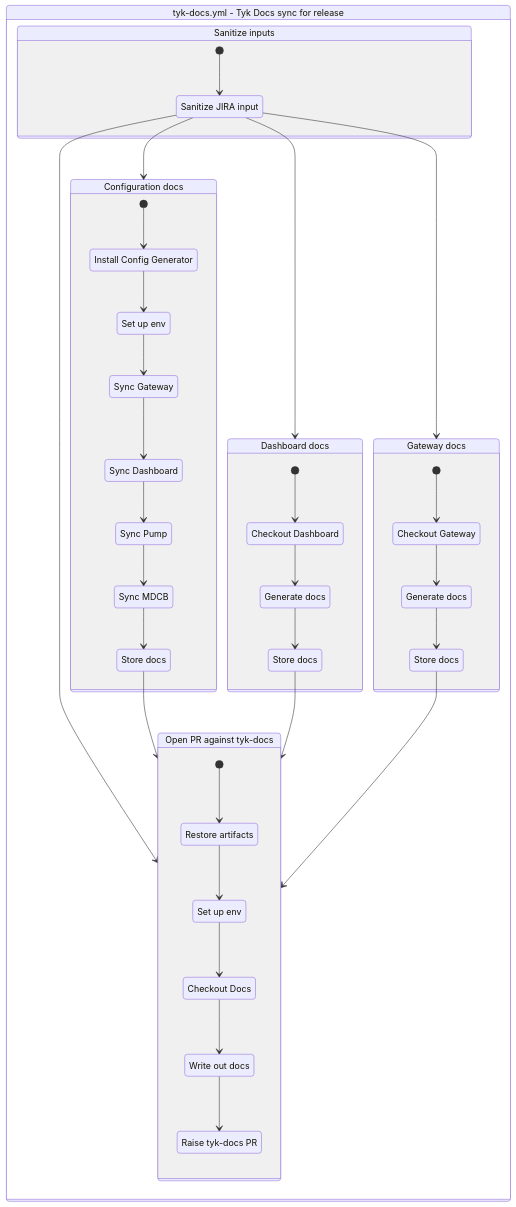
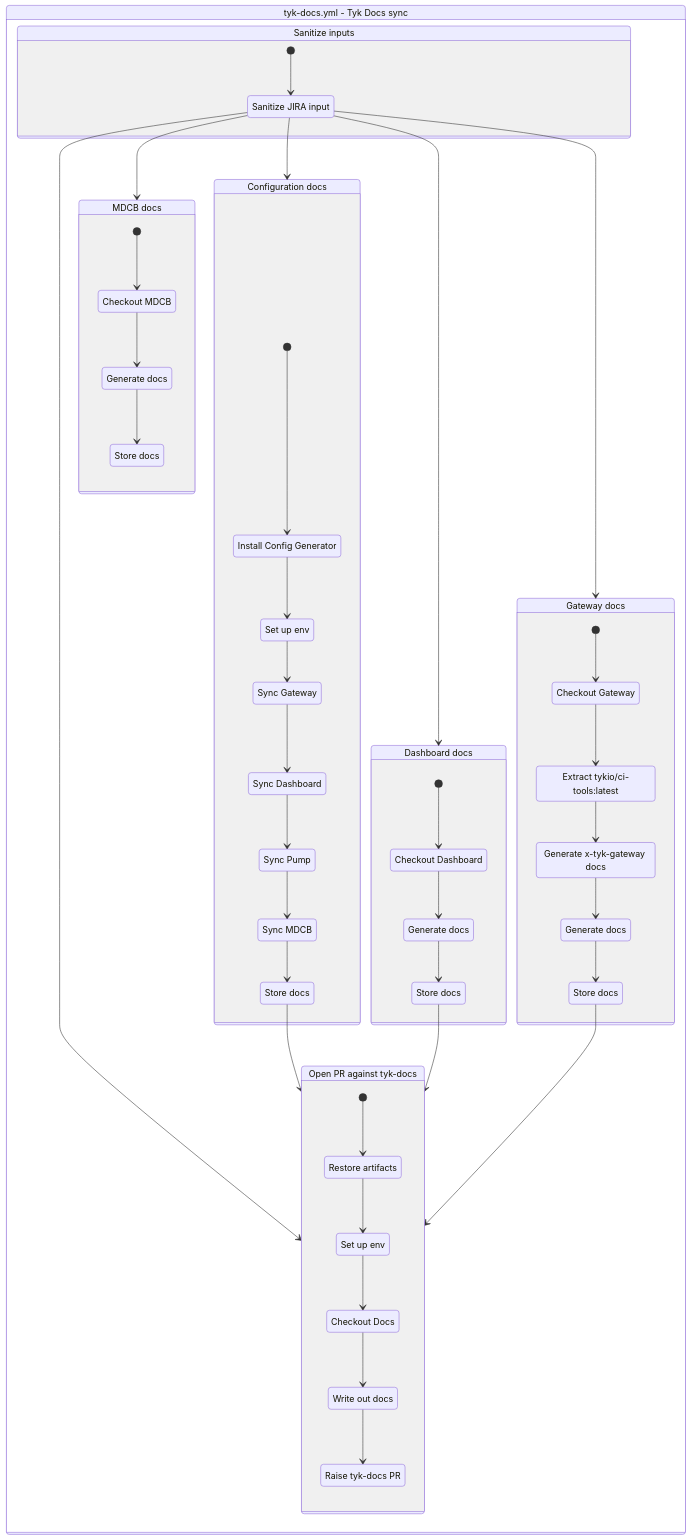
One commit to TykTechnologies/exp changed the diagram in docs/github-actions/exp/tyk-docs.yml.mermaid. Above: the diagram before and after it, drawn with Mermaid. The commit also changed 9 other files, not shown here.

```diff
--- a/docs/github-actions/exp/tyk-docs.yml.mermaid
+++ b/docs/github-actions/exp/tyk-docs.yml.mermaid
@@ -1,68 +1,83 @@
 stateDiagram-v2
-    workflow : tyk-docs.yml - Tyk Docs sync for release
+    workflow : tyk-docs.yml - Tyk Docs sync
     state workflow {
         sanitize: Sanitize inputs
         state sanitize {
             [*] --> step0sanitize
             step0sanitize : Sanitize JIRA input
             step0sanitize --> configs
             step0sanitize --> dashboard
             step0sanitize --> finish
             step0sanitize --> gateway
+            step0sanitize --> mdcb
         }
 
         configs: Configuration docs
         state configs {
             [*] --> step0configs
             step0configs : Install Config Generator
             step0configs --> step1configs
             step1configs : Set up env
             step1configs --> step2configs
             step2configs : Sync Gateway
             step2configs --> step3configs
             step3configs : Sync Dashboard
             step3configs --> step4configs
             step4configs : Sync Pump
             step4configs --> step5configs
             step5configs : Sync MDCB
             step5configs --> step6configs
             step6configs : Store docs
             step6configs --> finish
         }
 
         dashboard: Dashboard docs
         state dashboard {
             [*] --> step0dashboard
             step0dashboard : Checkout Dashboard
             step0dashboard --> step1dashboard
             step1dashboard : Generate docs
             step1dashboard --> step2dashboard
             step2dashboard : Store docs
             step2dashboard --> finish
         }
 
         gateway: Gateway docs
         state gateway {
             [*] --> step0gateway
             step0gateway : Checkout Gateway
             step0gateway --> step1gateway
-            step1gateway : Generate docs
-            step1gateway --> step2gateway
-            step2gateway : Store docs
-            step2gateway --> finish
+            step1gateway : Extract tykio/ci-tools:latest
+            step1gateway --> step3gateway
+            step3gateway : Generate x-tyk-gateway docs
+            step3gateway --> step4gateway
+            step4gateway : Generate docs
+            step4gateway --> step5gateway
+            step5gateway : Store docs
+            step5gateway --> finish
         }
 
         finish: Open PR against tyk-docs
         state finish {
             [*] --> step0finish
             step0finish : Restore artifacts
             step0finish --> step1finish
             step1finish : Set up env
             step1finish --> step2finish
             step2finish : Checkout Docs
             step2finish --> step3finish
             step3finish : Write out docs
             step3finish --> step4finish
             step4finish : Raise tyk-docs PR
         }
+
+        mdcb: MDCB docs
+        state mdcb {
+            [*] --> step0mdcb
+            step0mdcb : Checkout MDCB
+            step0mdcb --> step1mdcb
+            step1mdcb : Generate docs
+            step1mdcb --> step2mdcb
+            step2mdcb : Store docs
+        }
     }
```
